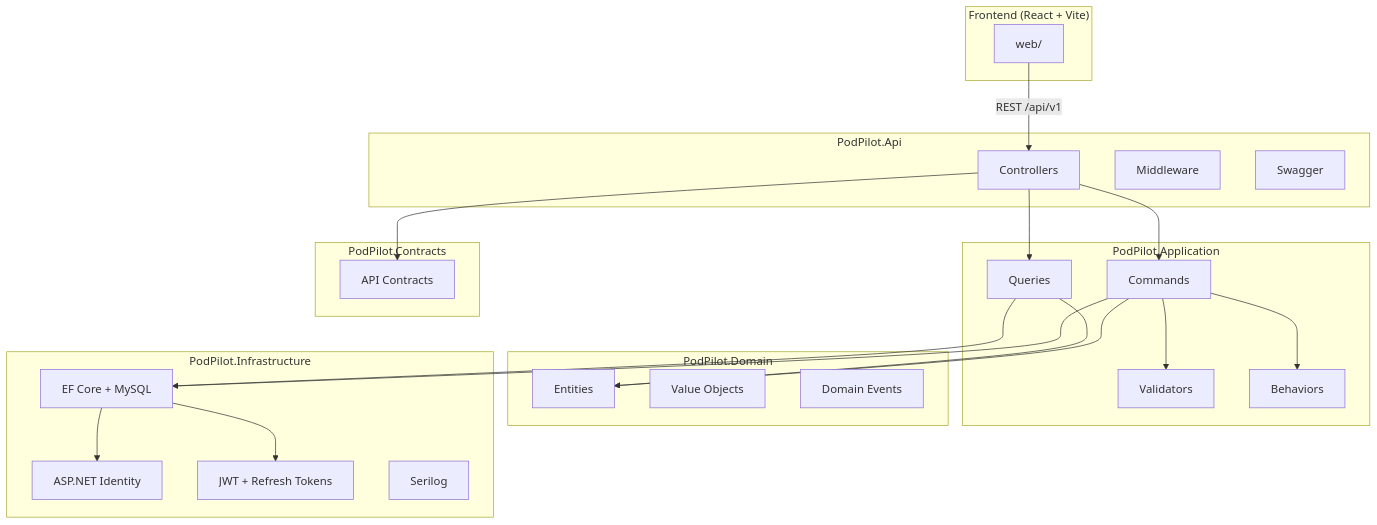
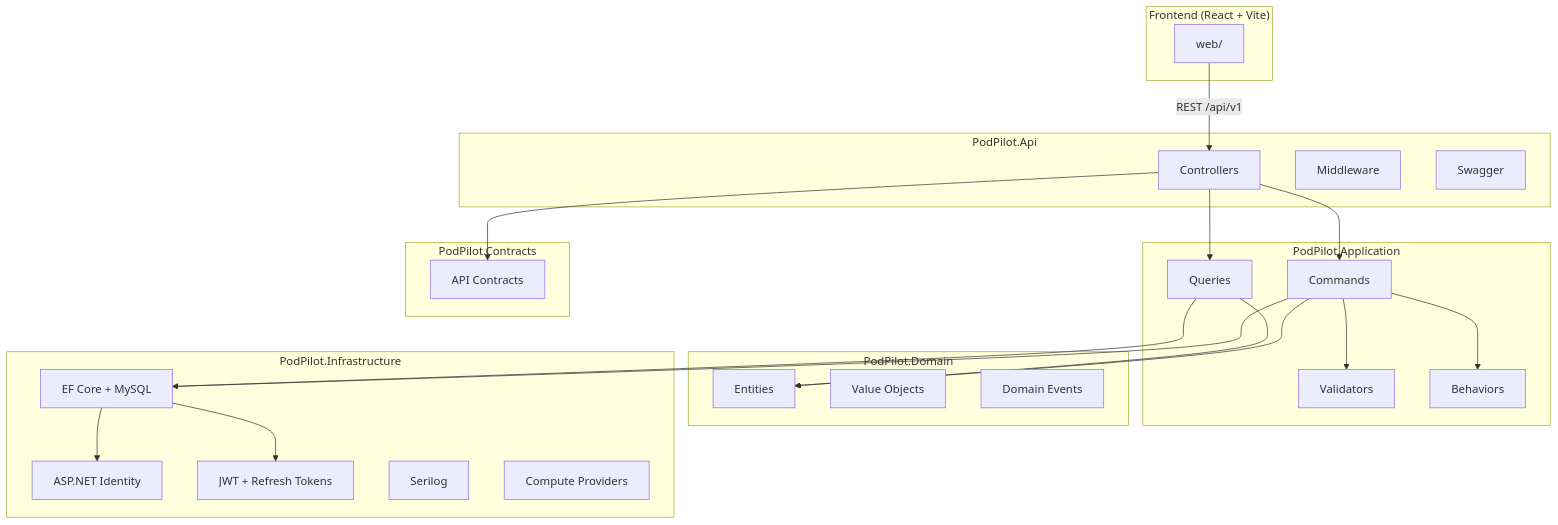
One commit to PranjalAgrawal10/podpilot changed the fourth of 5 diagrams in README.md. Above: the diagram before and after it, drawn with Mermaid. The commit also changed other lines of this file and 189 other files, not shown here.

````diff
--- a/README.md
+++ b/README.md
@@ -68,49 +180,50 @@
 ```mermaid
 flowchart TB
     subgraph Frontend["Frontend (React + Vite)"]
         WEB[web/]
     end
 
     subgraph API["PodPilot.Api"]
         CTRL[Controllers]
         MW[Middleware]
         SW[Swagger]
     end
 
     subgraph Application["PodPilot.Application"]
         CMD[Commands]
         QRY[Queries]
         VAL[Validators]
         BEH[Behaviors]
     end
 
     subgraph Domain["PodPilot.Domain"]
         ENT[Entities]
         VO[Value Objects]
         EVT[Domain Events]
     end
 
     subgraph Infrastructure["PodPilot.Infrastructure"]
         EF[EF Core + MySQL]
         ID[ASP.NET Identity]
         JWT[JWT + Refresh Tokens]
         LOG[Serilog]
+        CP[Compute Providers]
     end
 
     subgraph Contracts["PodPilot.Contracts"]
         DTO[API Contracts]
     end
 
     WEB -->|REST /api/v1| CTRL
     CTRL --> CMD
     CTRL --> QRY
     CMD --> VAL
     CMD --> BEH
     CMD --> ENT
     QRY --> ENT
     CMD --> EF
     QRY --> EF
     EF --> ID
     EF --> JWT
     CTRL --> DTO
 ```
````
